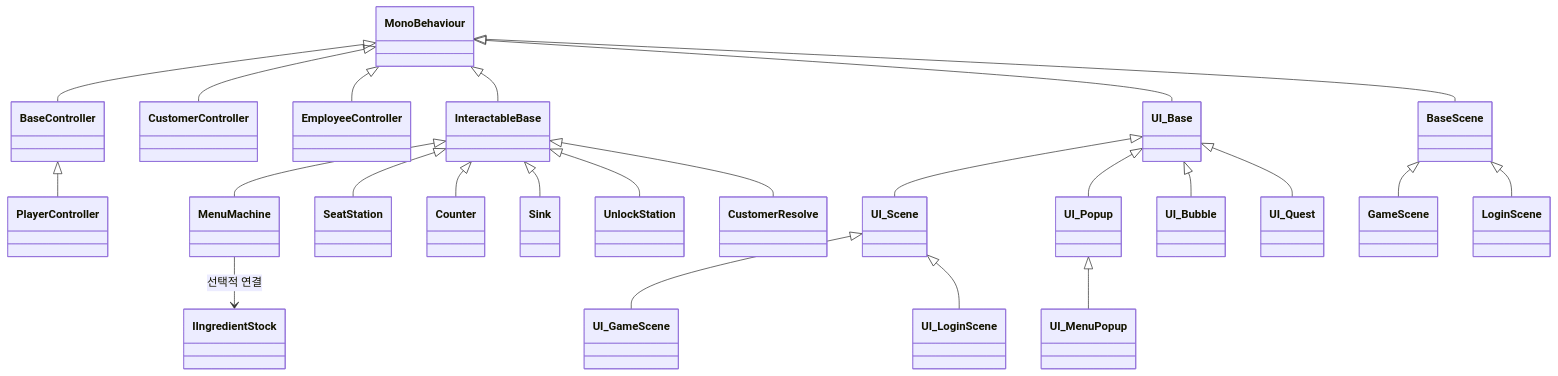
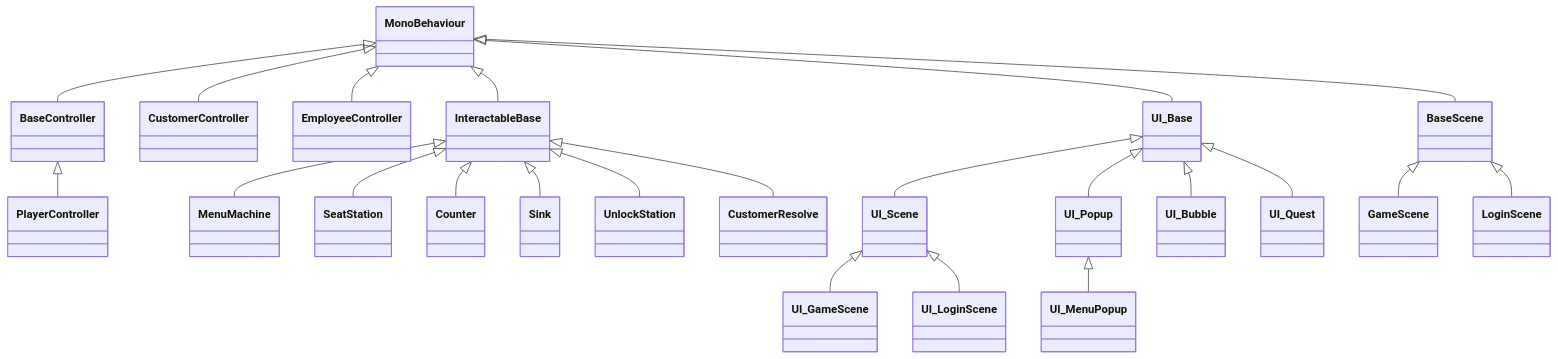
The second of 4 diagrams in Docs/ARCHITECTURE.md (LeeJeYeon97/ProjectB), drawn with Mermaid before and after one commit. The commit also changed other lines of this file and 45 other files, not shown here.

````diff
--- a/Docs/ARCHITECTURE.md
+++ b/Docs/ARCHITECTURE.md
@@ -63,26 +66,25 @@
 ```mermaid
 classDiagram
     MonoBehaviour <|-- BaseController
     BaseController <|-- PlayerController
     MonoBehaviour <|-- CustomerController
     MonoBehaviour <|-- EmployeeController
     MonoBehaviour <|-- InteractableBase
     InteractableBase <|-- MenuMachine
     InteractableBase <|-- SeatStation
     InteractableBase <|-- Counter
     InteractableBase <|-- Sink
     InteractableBase <|-- UnlockStation
     InteractableBase <|-- CustomerResolve
     MonoBehaviour <|-- UI_Base
     UI_Base <|-- UI_Scene
     UI_Base <|-- UI_Popup
     UI_Scene <|-- UI_GameScene
     UI_Scene <|-- UI_LoginScene
     UI_Popup <|-- UI_MenuPopup
     UI_Base <|-- UI_Bubble
     UI_Base <|-- UI_Quest
     MonoBehaviour <|-- BaseScene
     BaseScene <|-- GameScene
     BaseScene <|-- LoginScene
-    MenuMachine --> IIngredientStock : 선택적 연결
 ```
````
